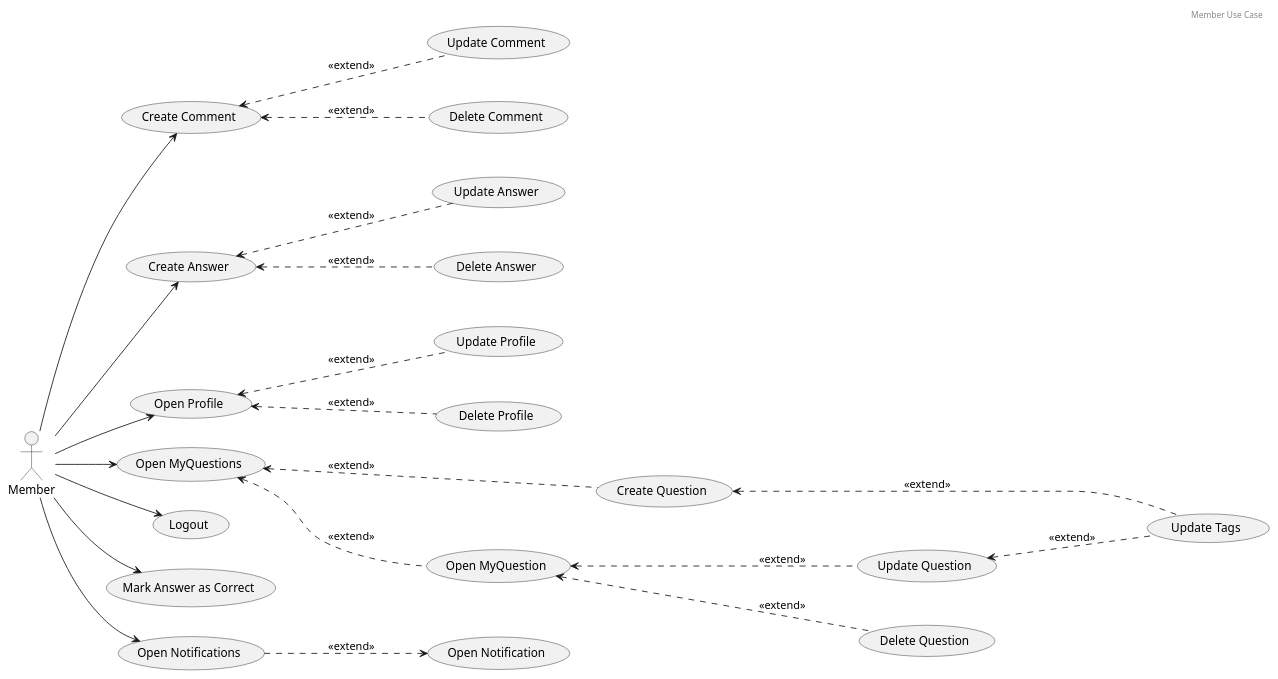
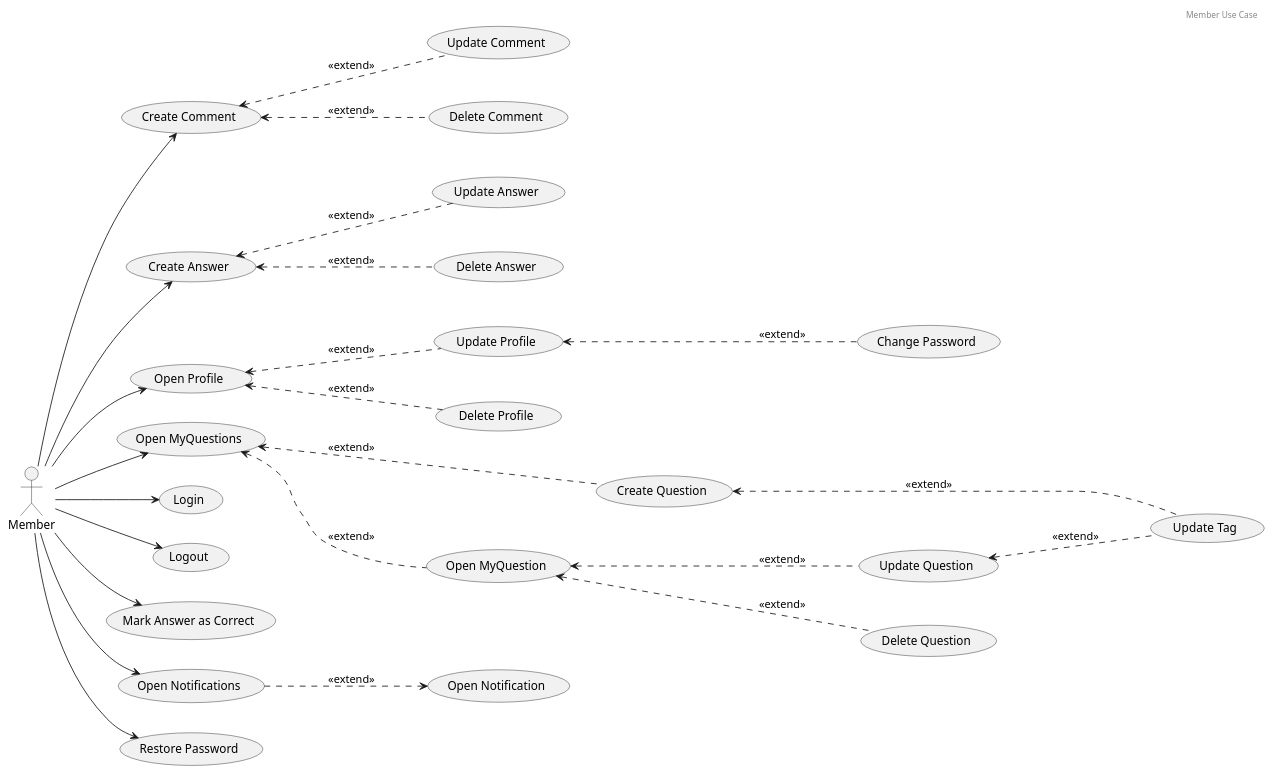
Before and after one commit to rafaelacirino/miw-backend-foro: the diagram in src/main/resources/templates/casosDeUsoMember.plantuml, drawn with PlantUML. The commit also changed 30 other files, not shown here.

Commit message:
fix diagramas

```diff
--- a/src/main/resources/templates/casosDeUsoMember.plantuml
+++ b/src/main/resources/templates/casosDeUsoMember.plantuml
@@ -1,61 +1,68 @@
 @startuml
 
 header Member Use Case
 
 actor Member
 
 left to right direction
 
+(Login) as UC1
 (Logout) as UC2
 
 (Open Profile) as UC4
 (Update Profile) as UC5
 (Delete Profile) as UC6
+(Change Password) as UC36
 
 (Create Question) as UC8
 (Delete Question) as UC9
 (Update Question) as UC10
 (Open MyQuestion) as UC12
 (Open MyQuestions) as UC13
 
 (Create Answer) as UC14
 (Update Answer) as UC15
 (Delete Answer) as UC16
 (Mark Answer as Correct) as UC17
 
 (Create Comment) as UC18
 (Update Comment) as UC19
 (Delete Comment) as UC20
 (Open Notifications) as UC33
 (Open Notification) as UC34
 
-(Update Tags) as UC21
+(Update Tag) as UC21
+
+(Restore Password) as UC37
 
 UC8 .-up-> UC13 : <<extend>>
 UC12 .-up-> UC13 : <<extend>>
 UC9 .-up-> UC12 : <<extend>>
 UC10 .-up-> UC12 : <<extend>>
 
 UC21 .-up-> UC8 : <<extend>>
 UC21 .-up-> UC10 : <<extend>>
 
 UC5 .-up-> UC4 : <<extend>>
 UC6 .-up-> UC4 : <<extend>>
+UC36 .-up-> UC5 : <<extend>>
 
 UC15 .-up-> UC14 : <<extend>>
 UC16 .-up-> UC14 : <<extend>>
 
 UC19 .-up-> UC18 : <<extend>>
 UC20 .-up-> UC18 : <<extend>>
 UC33 .-down-> UC34 : <<extend>>
 
 
+Member --> UC1
 Member --> UC2
 Member --> UC4
 Member --> UC13
 Member --> UC14
 Member --> UC17
 Member --> UC18
 Member --> UC33
+Member --> UC37
 
 @enduml
```
